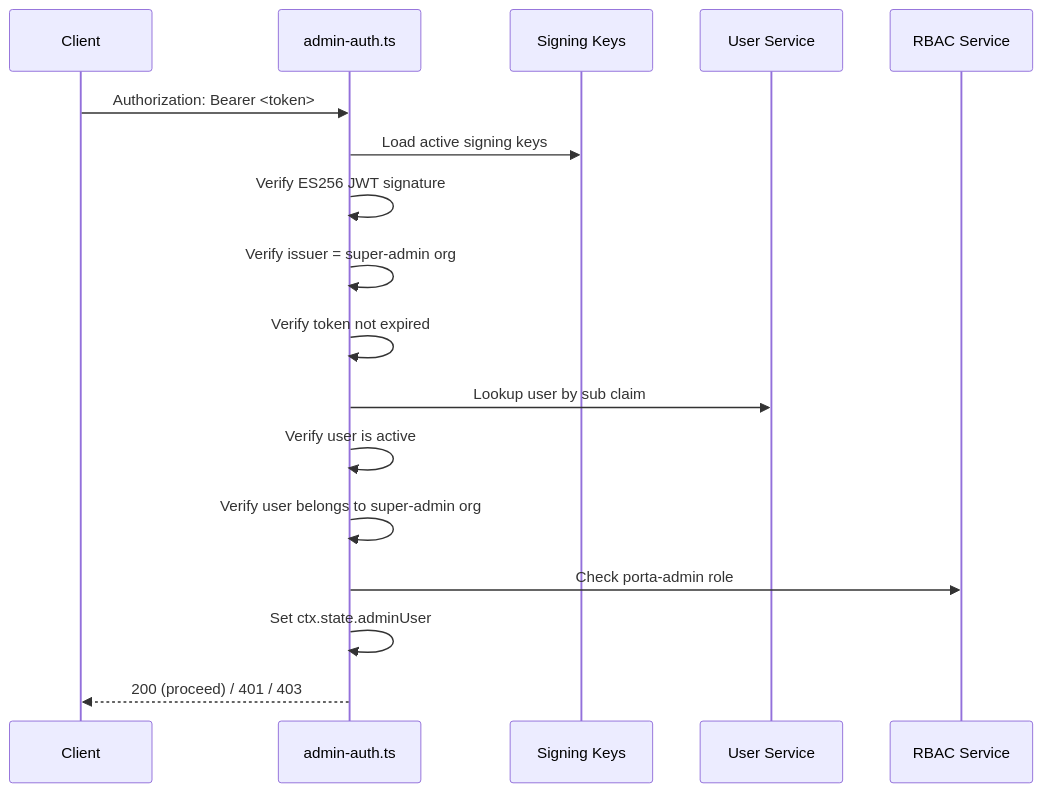
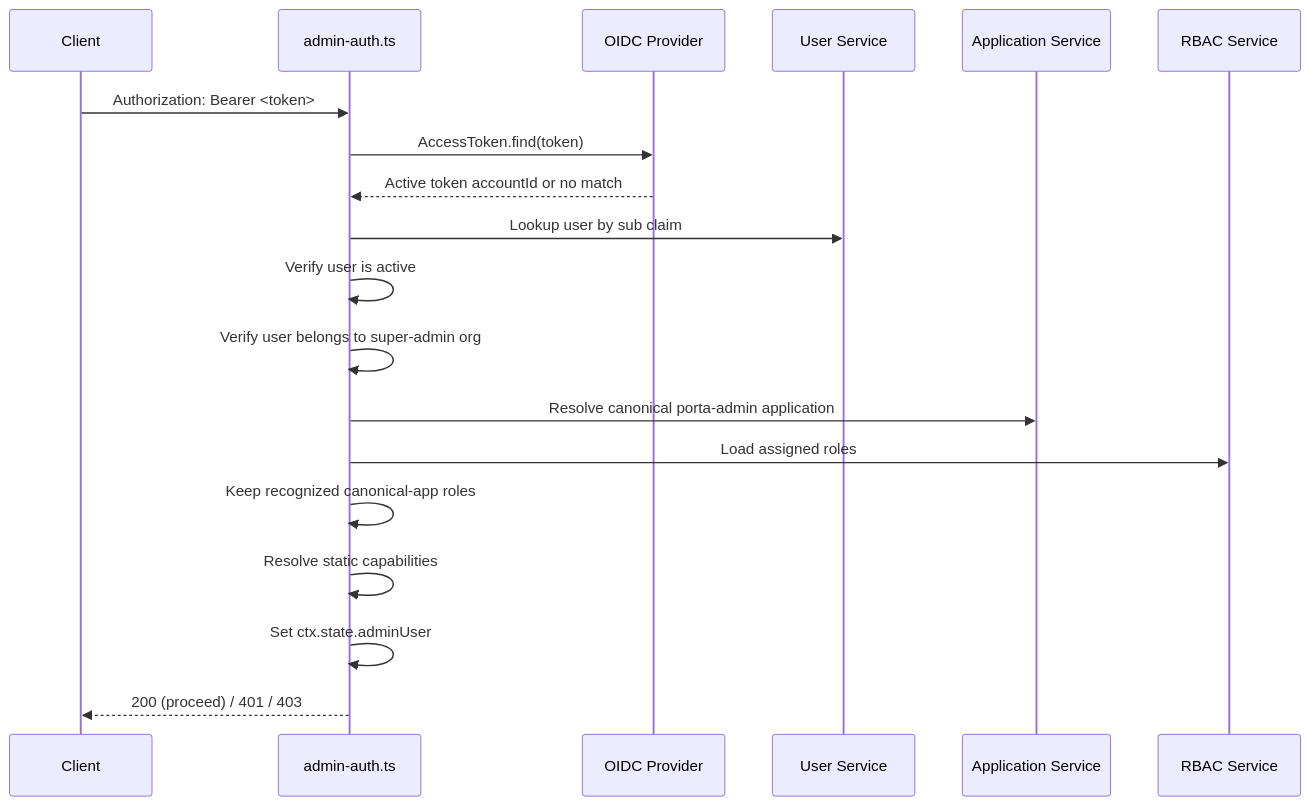
One commit to blendsdk/porta-identity changed the first of 2 diagrams in techdocs/architecture/api-design.md. Above: the diagram before and after it, drawn with Mermaid. The commit also changed other lines of this file and 4 other files, not shown here.

First line of the commit message:
docs(architecture): record application-qualified authority

````diff
--- a/techdocs/architecture/api-design.md
+++ b/techdocs/architecture/api-design.md
@@ -101,20 +101,22 @@
 ```mermaid
 sequenceDiagram
     participant Client
     participant AdminAuth as admin-auth.ts
-    participant SigningKeys as Signing Keys
+    participant Provider as OIDC Provider
     participant UserService as User Service
+    participant Applications as Application Service
     participant RBAC as RBAC Service
 
     Client->>AdminAuth: Authorization: Bearer <token>
-    AdminAuth->>SigningKeys: Load active signing keys
-    AdminAuth->>AdminAuth: Verify ES256 JWT signature
-    AdminAuth->>AdminAuth: Verify issuer = super-admin org
-    AdminAuth->>AdminAuth: Verify token not expired
+    AdminAuth->>Provider: AccessToken.find(token)
+    Provider-->>AdminAuth: Active token accountId or no match
     AdminAuth->>UserService: Lookup user by sub claim
     AdminAuth->>AdminAuth: Verify user is active
     AdminAuth->>AdminAuth: Verify user belongs to super-admin org
-    AdminAuth->>RBAC: Check porta-admin role
+    AdminAuth->>Applications: Resolve canonical porta-admin application
+    AdminAuth->>RBAC: Load assigned roles
+    AdminAuth->>AdminAuth: Keep recognized canonical-app roles
+    AdminAuth->>AdminAuth: Resolve static capabilities
     AdminAuth->>AdminAuth: Set ctx.state.adminUser
     AdminAuth-->>Client: 200 (proceed) / 401 / 403
 ```
````
